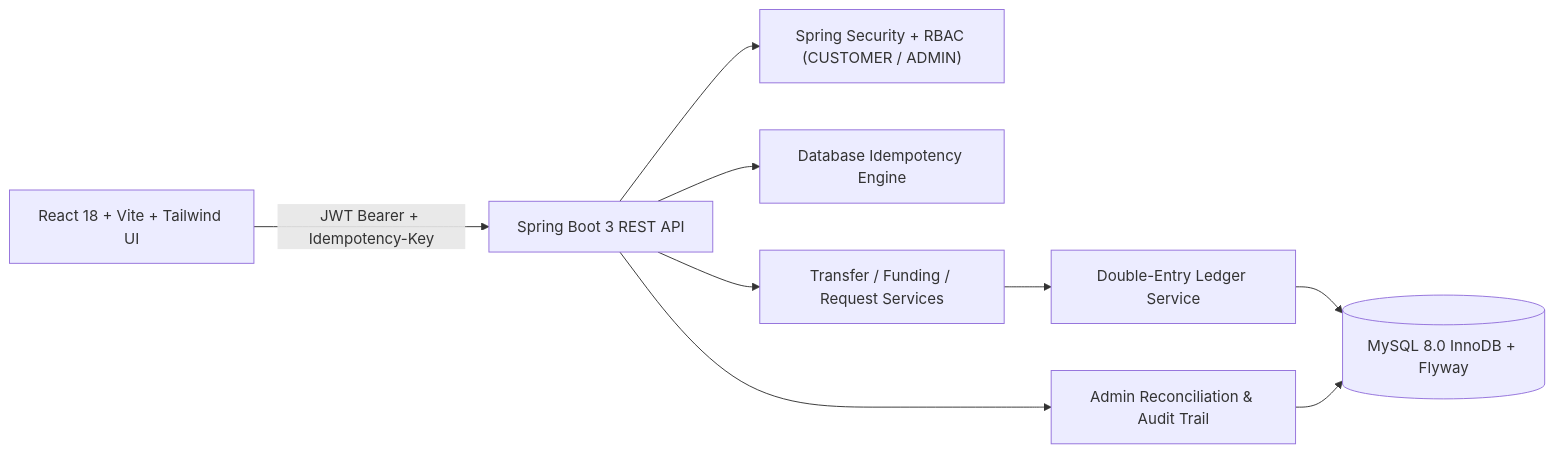
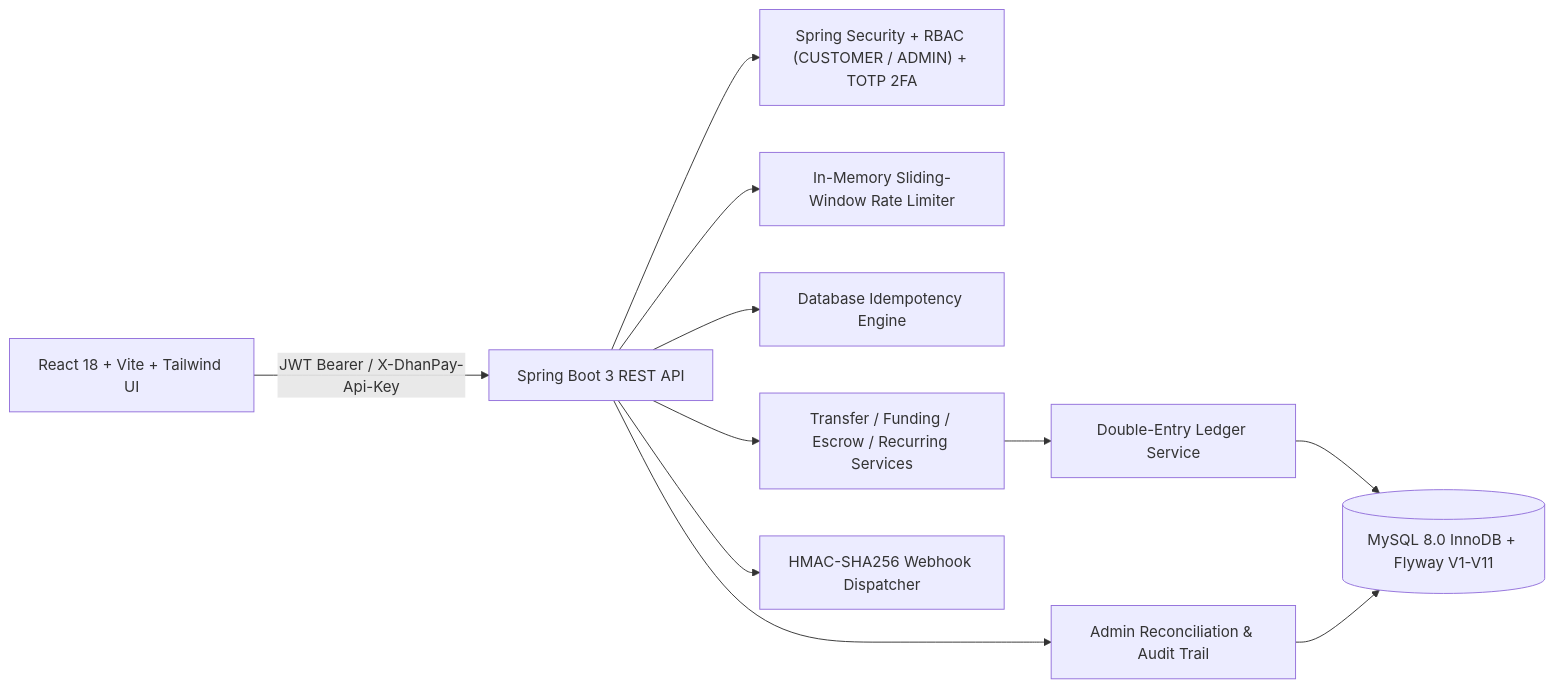
The diagram in README.md (Faiz-Khan01/DhanPay), drawn with Mermaid before and after one commit. The commit also changed other lines of this file, not shown here.

Commit message:
docs: update README with Phase 4 features, full API catalog, and V1-V11 migrations

````diff
--- a/README.md
+++ b/README.md
@@ -7,11 +7,13 @@
 ```mermaid
 flowchart LR
-    UI["React 18 + Vite + Tailwind UI"] -->|JWT Bearer + Idempotency-Key| API["Spring Boot 3 REST API"]
-    API --> SEC["Spring Security + RBAC (CUSTOMER / ADMIN)"]
+    UI["React 18 + Vite + Tailwind UI"] -->|JWT Bearer / X-DhanPay-Api-Key| API["Spring Boot 3 REST API"]
+    API --> SEC["Spring Security + RBAC (CUSTOMER / ADMIN) + TOTP 2FA"]
+    API --> RATE["In-Memory Sliding-Window Rate Limiter"]
     API --> IDEM["Database Idempotency Engine"]
-    API --> TX["Transfer / Funding / Request Services"]
+    API --> TX["Transfer / Funding / Escrow / Recurring Services"]
     TX --> LED["Double-Entry Ledger Service"]
-    LED --> DB[("MySQL 8.0 InnoDB + Flyway")]
+    LED --> DB[("MySQL 8.0 InnoDB + Flyway V1-V11")]
+    API --> WH["HMAC-SHA256 Webhook Dispatcher"]
     API --> REC["Admin Reconciliation & Audit Trail"]
     REC --> DB
 ```
````
